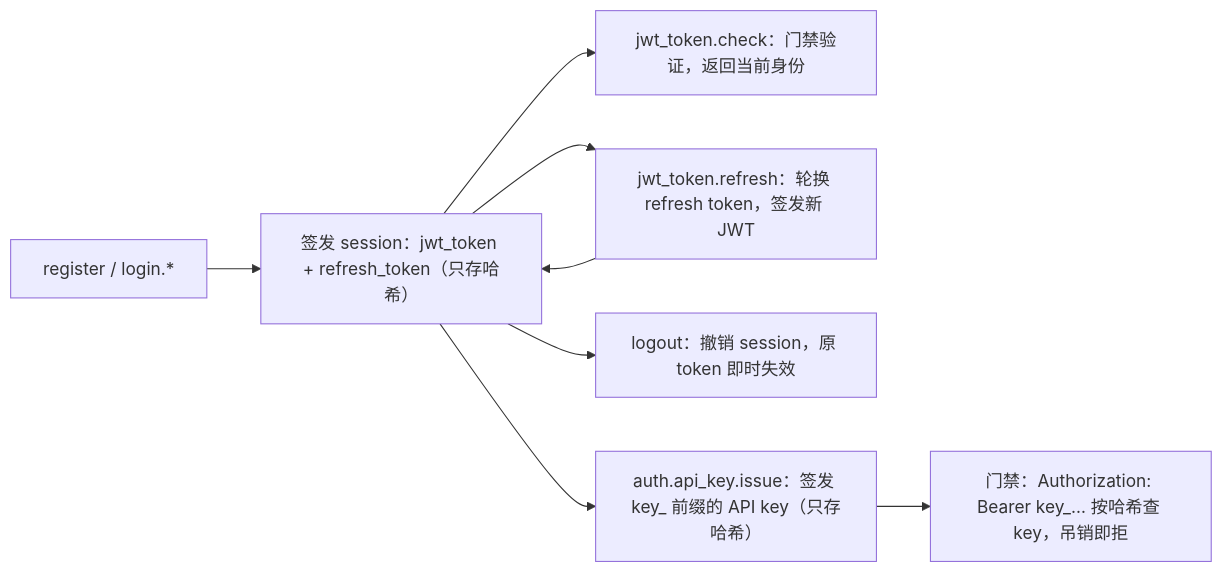
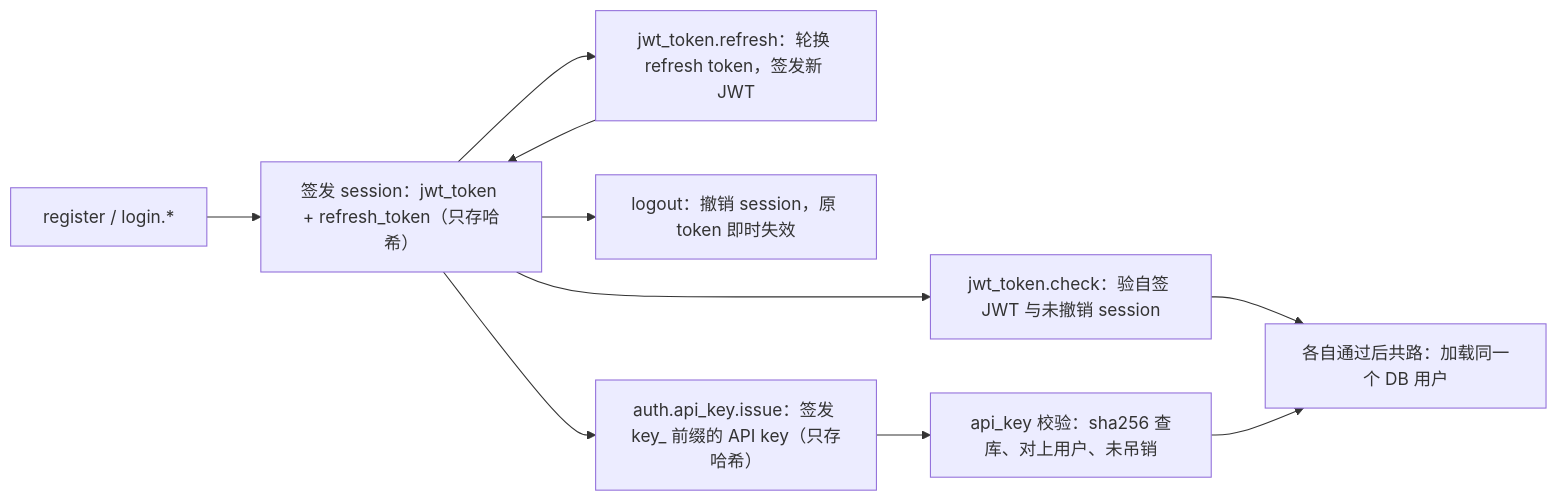
Before and after one commit to 0xdevelop/project_template_go: the second of 2 diagrams in docs/ability_auth.md, drawn with Mermaid. The commit also changed other lines of this file and 15 other files, not shown here.

Commit message:
fix(auth): 分开 API key 与 JWT 校验，文档不再把 api_key_id 写成调用方身份

````diff
--- a/docs/ability_auth.md
+++ b/docs/ability_auth.md
@@ -53,10 +56,12 @@
 ```mermaid
 flowchart LR
     Login["register / login.*"] --> Session["签发 session：jwt_token + refresh_token（只存哈希）"]
-    Session --> Check["jwt_token.check：门禁验证，返回当前身份"]
+    Session --> Check["jwt_token.check：验自签 JWT 与未撤销 session"]
     Session --> Refresh["jwt_token.refresh：轮换 refresh token，签发新 JWT"]
     Refresh --> Session
     Session --> Logout["logout：撤销 session，原 token 即时失效"]
     Session --> Issue["auth.api_key.issue：签发 key_ 前缀的 API key（只存哈希）"]
-    Issue --> Gate["门禁：Authorization: Bearer key_… 按哈希查 key，吊销即拒"]
+    Issue --> KeyCheck["api_key 校验：sha256 查库、对上用户、未吊销"]
+    Check --> Shared["各自通过后共路：加载同一个 DB 用户"]
+    KeyCheck --> Shared
 ```
````
